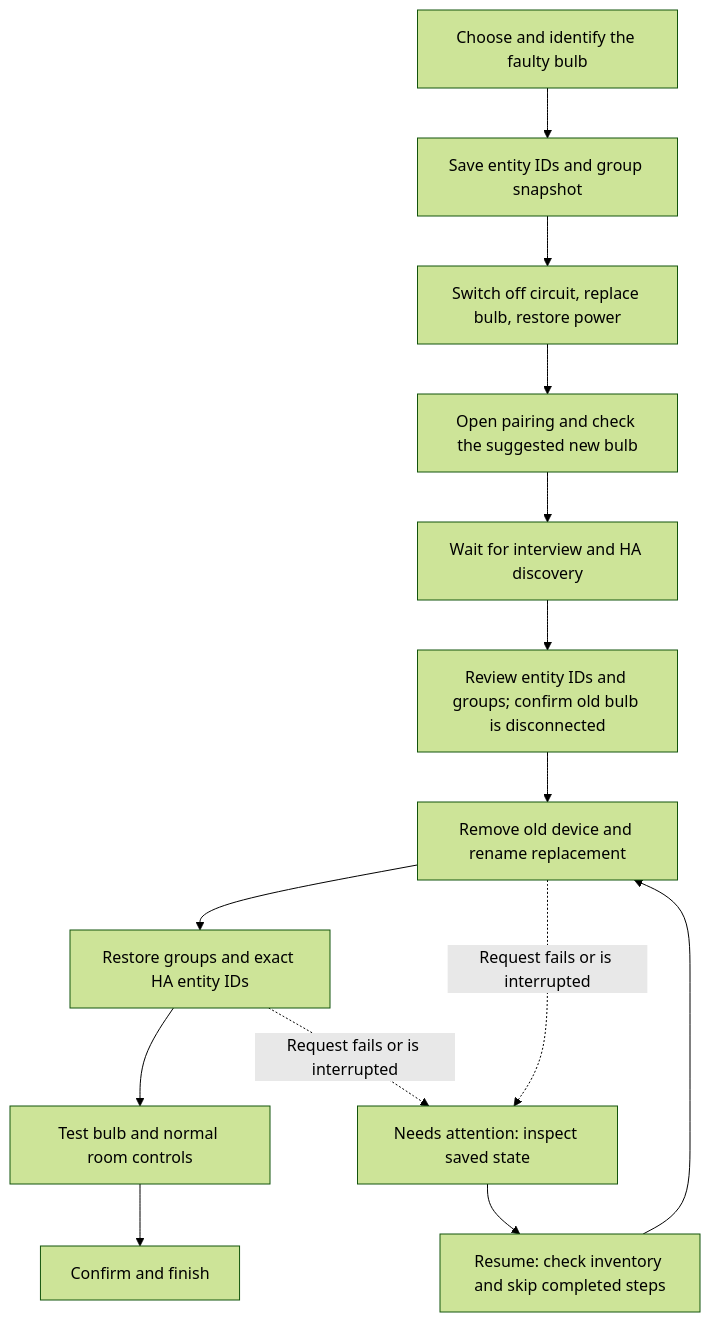
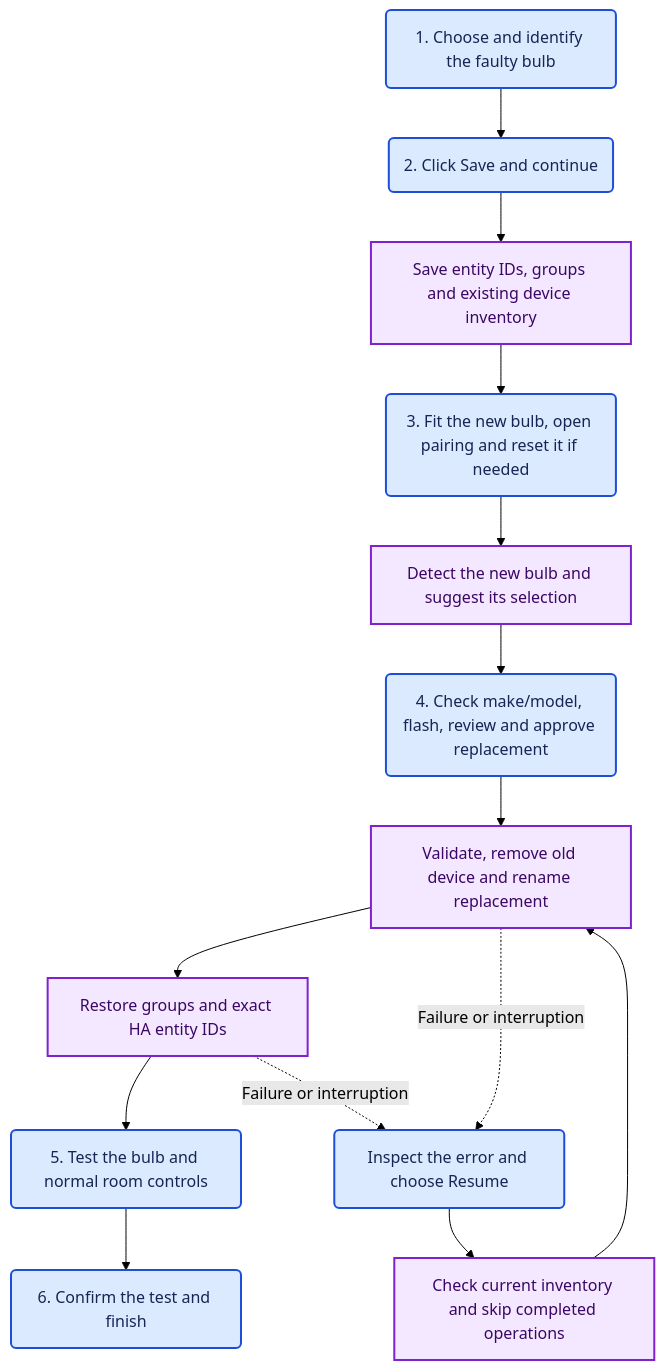
One commit to simonjgreen/z2m-device-swap changed the diagram in README.md. Above: the diagram before and after it, drawn with Mermaid (forest theme). The commit also changed other lines of this file, not shown here.

Commit message:
docs: distinguish human and automatic replacement steps

````diff
--- a/README.md
+++ b/README.md
@@ -54,16 +60,21 @@
 ```mermaid
 flowchart TD
-    A[Choose and identify the faulty bulb] --> B[Save entity IDs and group snapshot]
-    B --> C[Switch off circuit, replace bulb, restore power]
-    C --> D[Open pairing and check the suggested new bulb]
-    D --> E[Wait for interview and HA discovery]
-    E --> F[Review entity IDs and groups; confirm old bulb is disconnected]
-    F --> G[Remove old device and rename replacement]
-    G --> H[Restore groups and exact HA entity IDs]
-    H --> I[Test bulb and normal room controls]
-    I --> J[Confirm and finish]
-    G -. Request fails or is interrupted .-> K[Needs attention: inspect saved state]
-    H -. Request fails or is interrupted .-> K
-    K --> L[Resume: check inventory and skip completed steps]
-    L --> G
+    H1("1. Choose and identify the faulty bulb") --> H2("2. Click Save and continue")
+    H2 --> S1[Save entity IDs, groups and existing device inventory]
+    S1 --> H3("3. Fit the new bulb, open pairing and reset it if needed")
+    H3 --> S2[Detect the new bulb and suggest its selection]
+    S2 --> H4("4. Check make/model, flash, review and approve replacement")
+    H4 --> S3[Validate, remove old device and rename replacement]
+    S3 --> S4[Restore groups and exact HA entity IDs]
+    S4 --> H5("5. Test the bulb and normal room controls")
+    H5 --> H6("6. Confirm the test and finish")
+    S3 -. Failure or interruption .-> HR("Inspect the error and choose Resume")
+    S4 -. Failure or interruption .-> HR
+    HR --> SR[Check current inventory and skip completed operations]
+    SR --> S3
+
+    classDef human fill:#dbeafe,stroke:#1d4ed8,color:#172554,stroke-width:2px
+    classDef system fill:#f3e8ff,stroke:#7e22ce,color:#3b0764,stroke-width:2px
+    class H1,H2,H3,H4,H5,H6,HR human
+    class S1,S2,S3,S4,SR system
 ```
````
